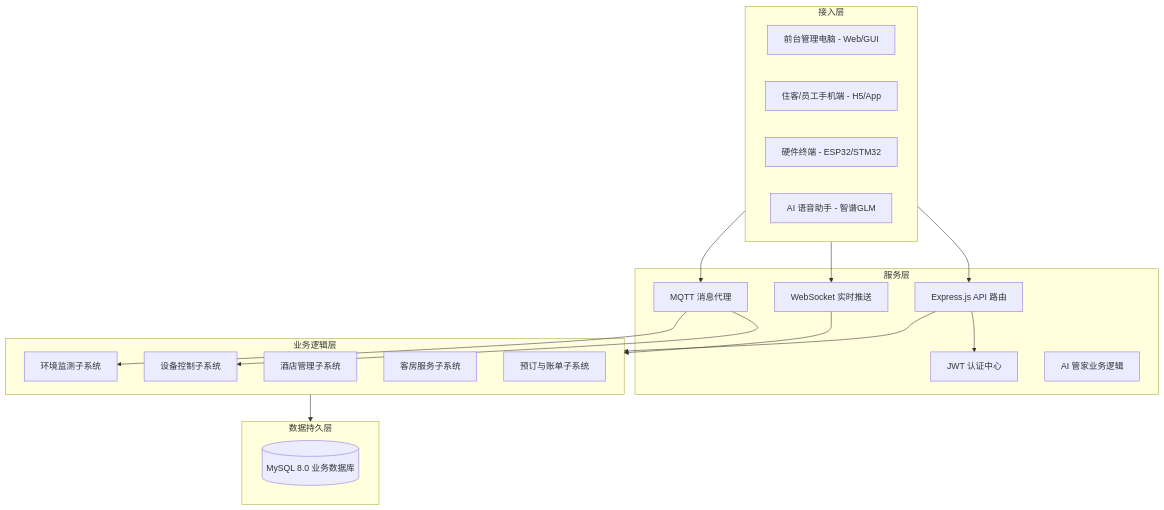
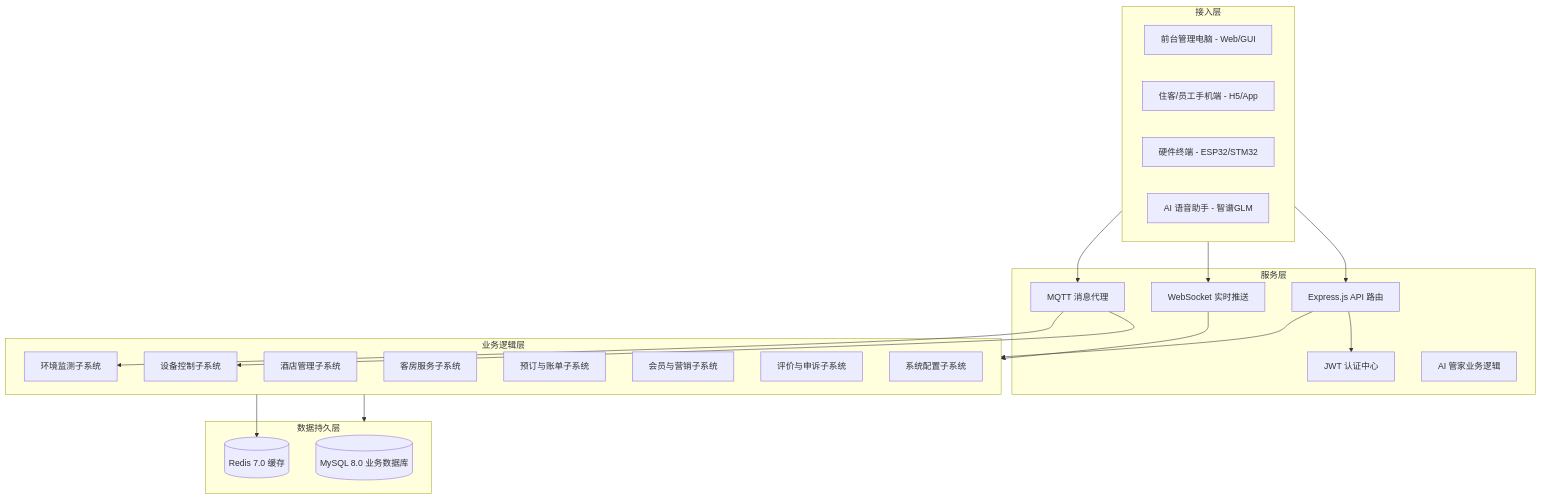
The diagram in docs/03-软件设计/01-软件架构设计说明.md (choisaaaaa/IoT_Smart_Hotel_System), drawn with Mermaid before and after one commit. The commit also changed other lines of this file and 7 other files, not shown here.

````diff
--- a/docs/03-软件设计/01-软件架构设计说明.md
+++ b/docs/03-软件设计/01-软件架构设计说明.md
@@ -16,39 +17,44 @@
 ```mermaid
 graph TD
     subgraph 接入层
         PC[前台管理电脑 - Web/GUI]
         Mobile[住客/员工手机端 - H5/App]
         Device[硬件终端 - ESP32/STM32]
         AI[AI 语音助手 - 智谱GLM]
     end
 
     subgraph 服务层
         API[Express.js API 路由]
         WS[WebSocket 实时推送]
         MQTT[MQTT 消息代理]
         Auth[JWT 认证中心]
         AIB[AI 管家业务逻辑]
     end
 
     subgraph 业务逻辑层
         HotelM[酒店管理子系统]
         DeviceM[设备控制子系统]
         EnvM[环境监测子系统]
         ServiceM[客房服务子系统]
         OrderM[预订与账单子系统]
+        MemberM[会员与营销子系统]
+        ReviewM[评价与申诉子系统]
+        SystemM[系统配置子系统]
     end
 
     subgraph 数据持久层
         MySQL[(MySQL 8.0 业务数据库)]
+        Redis[(Redis 7.0 缓存)]
     end
 
     接入层 --> API
     接入层 --> WS
     接入层 --> MQTT
     API --> Auth
     API --> 业务逻辑层
     WS --> 业务逻辑层
     MQTT --> DeviceM
     MQTT --> EnvM
     业务逻辑层 --> 数据持久层
+    业务逻辑层 --> Redis
 ```
````
